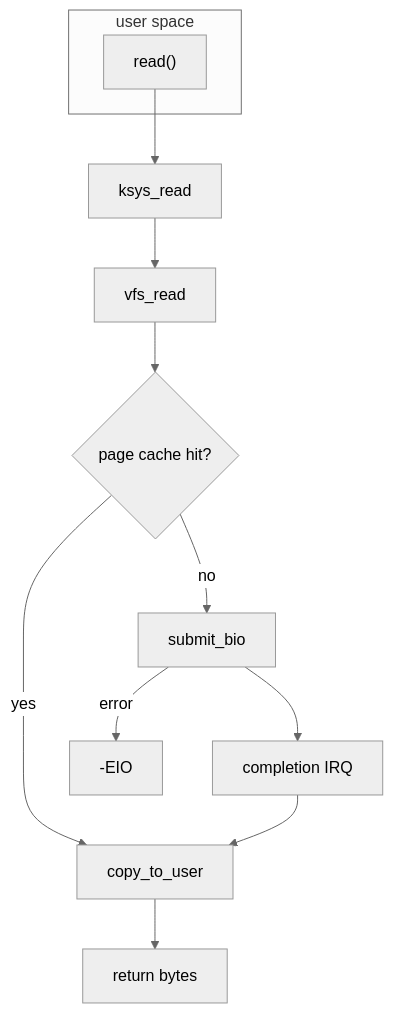
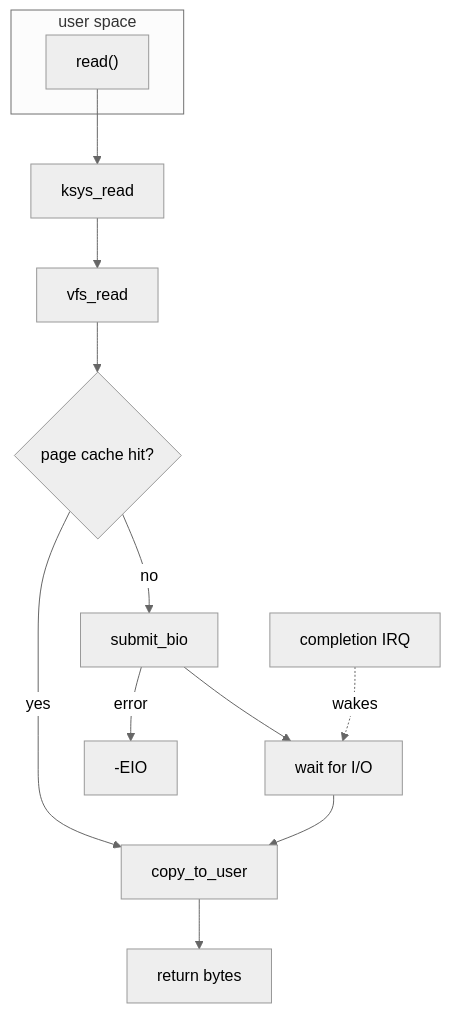
Before and after one commit to yugeun-song/diagram-design.md: the diagram in forms/mermaid-flowchart/example.mmd, drawn with Mermaid (neutral theme). The commit also changed 2 other files, not shown here.

Commit message:
docs: show the completion irq as an asynchronous wakeup and refresh the mermaid mockups

```diff
--- a/forms/mermaid-flowchart/example.mmd
+++ b/forms/mermaid-flowchart/example.mmd
@@ -1,14 +1,15 @@
 flowchart TD
     %% id: read-path
     subgraph user[user space]
         read["read()"]
     end
     read --> ksys[ksys_read]
     ksys --> vfs[vfs_read]
     vfs --> hit{"page cache hit?"}
     hit -- yes --> copy[copy_to_user]
     hit -- no --> bio[submit_bio]
-    bio --> irq[completion IRQ]:::muted
-    irq --> copy
+    bio --> wait[wait for I/O]
+    irq[completion IRQ]:::muted -. wakes .-> wait
+    wait --> copy
     bio -- error --> eio["-EIO"]:::danger
     copy --> done[return bytes]:::accent
```
